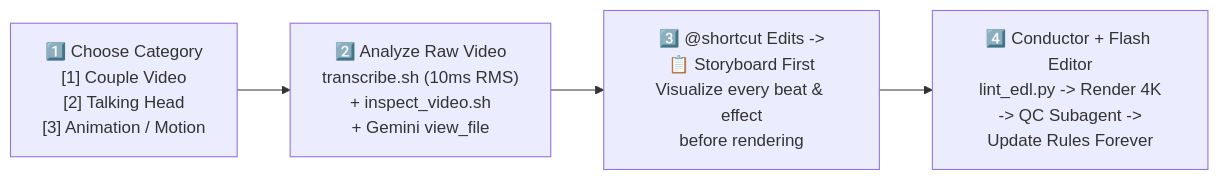
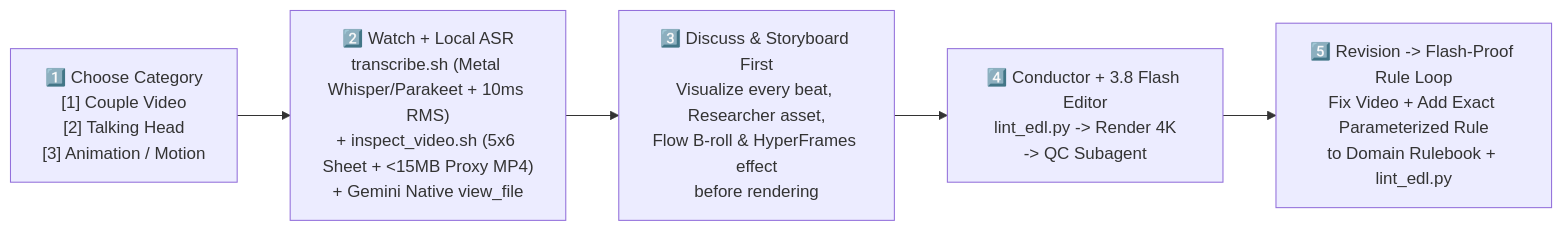
One commit to arandersen/ai-editor changed the diagram in README.md. Above: the diagram before and after it, drawn with Mermaid. The commit also changed other lines of this file and 5 other files, not shown here.

Commit message:
Guarantee native video proxy watching, sandbox-safe Apple Metal Whisper ASR, and Flash-proof post-render revision rule loop

````diff
--- a/README.md
+++ b/README.md
@@ -25,6 +25,7 @@
 ```mermaid
 flowchart LR
-    STEP1["1️⃣ Choose Category\n[1] Couple Video\n[2] Talking Head\n[3] Animation / Motion"] --> STEP2["2️⃣ Analyze Raw Video\ntranscribe.sh (10ms RMS)\n+ inspect_video.sh\n+ Gemini view_file"]
-    STEP2 --> STEP3["3️⃣ @shortcut Edits ->\n📋 Storyboard First\nVisualize every beat & effect\nbefore rendering"]
-    STEP3 --> STEP4["4️⃣ Conductor + Flash Editor\nlint_edl.py -> Render 4K\n-> QC Subagent ->\nUpdate Rules Forever"]
+    STEP1["1️⃣ Choose Category\n[1] Couple Video\n[2] Talking Head\n[3] Animation / Motion"] --> STEP2["2️⃣ Watch + Local ASR\ntranscribe.sh (Metal Whisper/Parakeet + 10ms RMS)\n+ inspect_video.sh (5x6 Sheet + <15MB Proxy MP4)\n+ Gemini Native view_file"]
+    STEP2 --> STEP3["3️⃣ Discuss & Storyboard First\nVisualize every beat, Researcher asset,\nFlow B-roll & HyperFrames effect\nbefore rendering"]
+    STEP3 --> STEP4["4️⃣ Conductor + 3.8 Flash Editor\nlint_edl.py -> Render 4K\n-> QC Subagent"]
+    STEP4 --> STEP5["5️⃣ Revision -> Flash-Proof Rule Loop\nFix Video + Add Exact Parameterized Rule\nto Domain Rulebook + lint_edl.py"]
 ```
````
